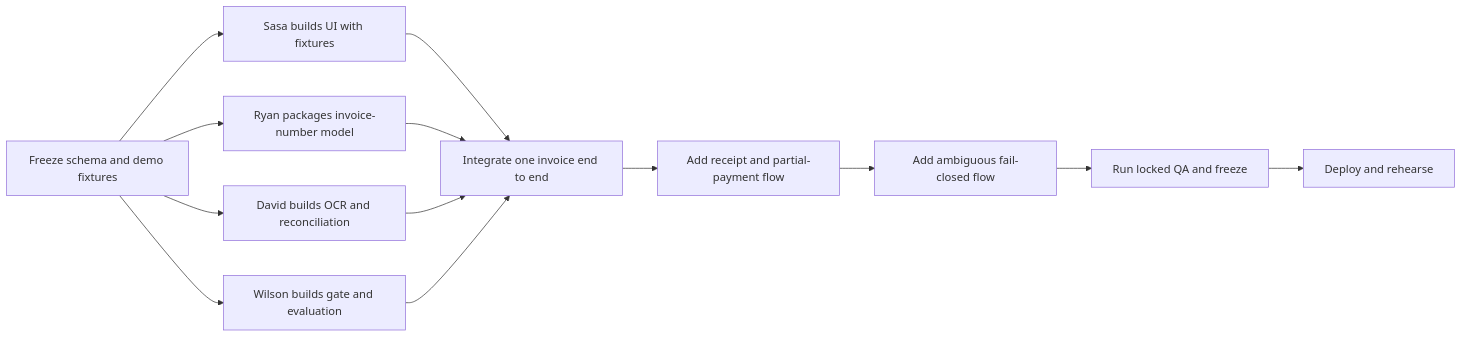
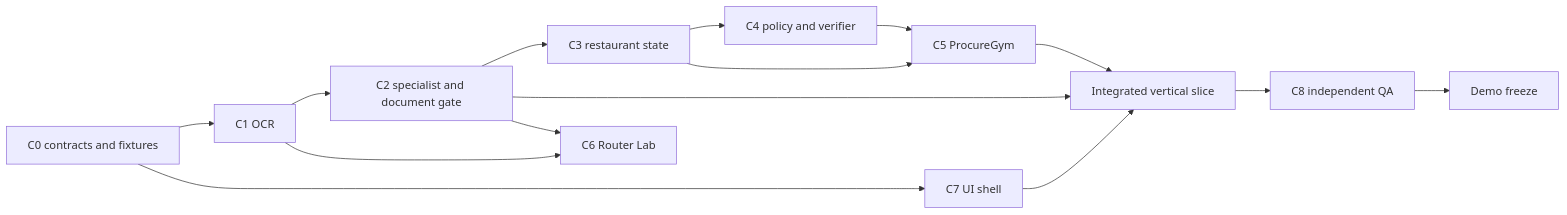
The second of 2 diagrams in docs/PRD.md (sasap91/invoiceagent), drawn with Mermaid before and after one commit. The commit also changed other lines of this file, not shown here.

Commit message:
docs: pivot MVP to ProcureAgent

````diff
--- a/docs/PRD.md
+++ b/docs/PRD.md
@@ -779,15 +699,17 @@
-```mermaid
+~~~mermaid
 flowchart LR
-    A[Freeze schema and demo fixtures] --> B1[Sasa builds UI with fixtures]
-    A --> B2[Ryan packages invoice-number model]
-    A --> B3[David builds OCR and reconciliation]
-    A --> B4[Wilson builds gate and evaluation]
-    B1 --> C[Integrate one invoice end to end]
-    B2 --> C
-    B3 --> C
-    B4 --> C
-    C --> D[Add receipt and partial-payment flow]
-    D --> E[Add ambiguous fail-closed flow]
-    E --> F[Run locked QA and freeze]
-    F --> G[Deploy and rehearse]
-```
+    C0[C0 contracts and fixtures] --> C1[C1 OCR]
+    C0 --> C7[C7 UI shell]
+    C1 --> C2[C2 specialist and document gate]
+    C2 --> C3[C3 restaurant state]
+    C3 --> C4[C4 policy and verifier]
+    C3 --> C5[C5 ProcureGym]
+    C4 --> C5
+    C2 --> I[Integrated vertical slice]
+    C5 --> I
+    C7 --> I
+    I --> C8[C8 independent QA]
+    C1 --> C6[C6 Router Lab]
+    C2 --> C6
+    C8 --> F[Demo freeze]
+~~~
````
